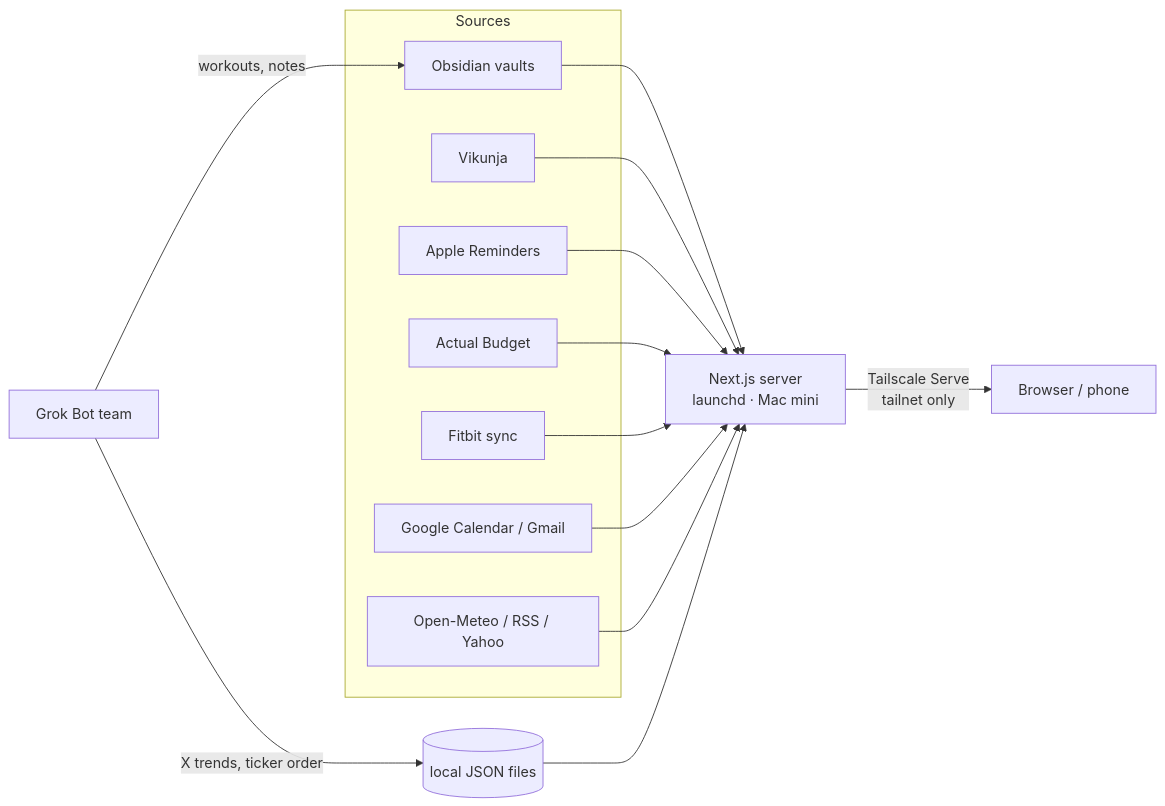
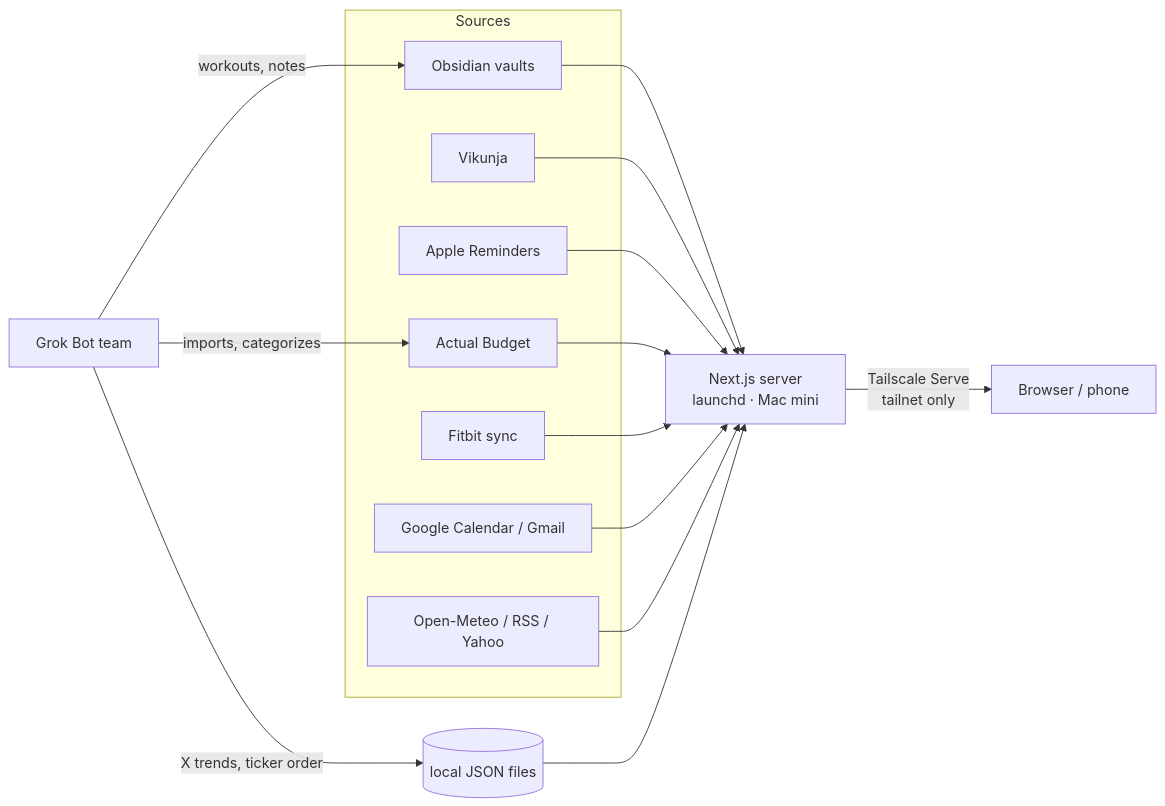
Before and after one commit to wilburbuilds/personal-dashboard: the diagram in README.md, drawn with Mermaid. The commit also changed other lines of this file, not shown here.

````diff
--- a/README.md
+++ b/README.md
@@ -149,16 +149,17 @@
 ```mermaid
 flowchart LR
   subgraph Sources
     V[Obsidian vaults]
     VK[Vikunja]
     R[Apple Reminders]
     A[Actual Budget]
     F[Fitbit sync]
     G[Google Calendar / Gmail]
     W[Open-Meteo / RSS / Yahoo]
   end
   B[Grok Bot team] -- workouts, notes --> V
   B -- X trends, ticker order --> J[(local JSON files)]
+  B -- imports, categorizes --> A
   V & VK & R & A & F & G & W & J --> S[Next.js server<br/>launchd · Mac mini]
   S -- Tailscale Serve<br/>tailnet only --> U[Browser / phone]
 ```
````
